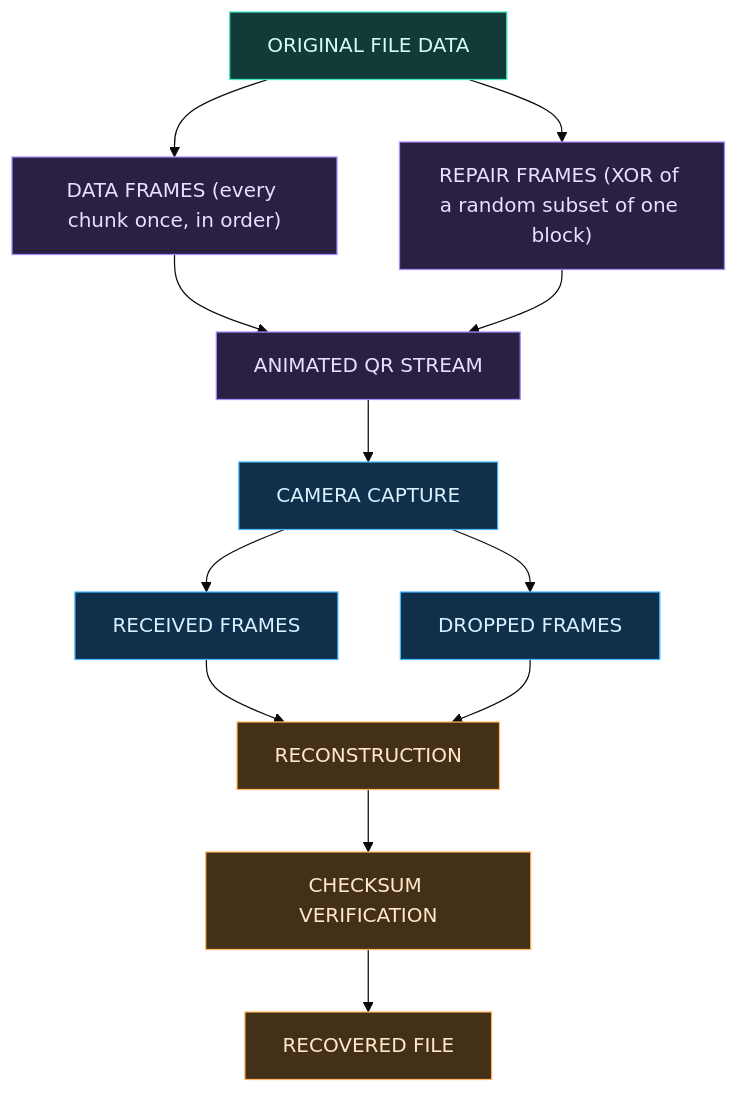
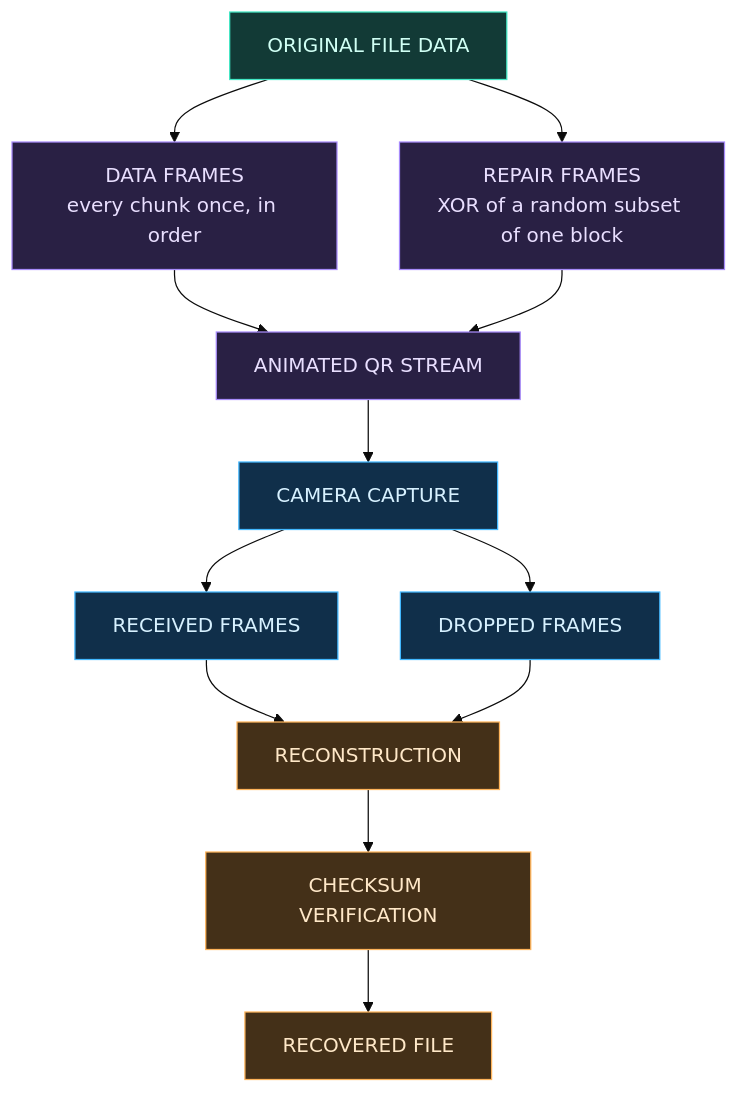
One commit to enzoceon/offdrop changed the second of 2 diagrams in README.md. Above: the diagram before and after it, drawn with Mermaid (base theme). The commit also changed other lines of this file and 11 other files, not shown here.

````diff
--- a/README.md
+++ b/README.md
@@ -142,23 +169,23 @@
 ```mermaid
 flowchart TB
-    A["ORIGINAL FILE DATA"] --> B["DATA FRAMES (every chunk once, in order)"]
-    A --> C["REPAIR FRAMES (XOR of a random subset of one block)"]
+    A["ORIGINAL FILE DATA"] --> B["DATA FRAMES<br/>every chunk once, in order"]
+    A --> C["REPAIR FRAMES<br/>XOR of a random subset of one block"]
     B --> D["ANIMATED QR STREAM"]
     C --> D
     D --> E["CAMERA CAPTURE"]
     E --> F["RECEIVED FRAMES"]
     E --> G["DROPPED FRAMES"]
     F --> H["RECONSTRUCTION"]
     G --> H
     H --> I["CHECKSUM VERIFICATION"]
     I --> J["RECOVERED FILE"]
 
     classDef original fill:#123A36,stroke:#42E8C5,color:#D0FFF4
     classDef frames fill:#292044,stroke:#A78BFA,color:#E9DFFF
     classDef capture fill:#102F4A,stroke:#42B8FF,color:#D7F1FF
     classDef recovery fill:#443018,stroke:#FFB45B,color:#FFE8C8
     class A original
     class B,C,D frames
     class E,F,G capture
     class H,I,J recovery
 ```
````
